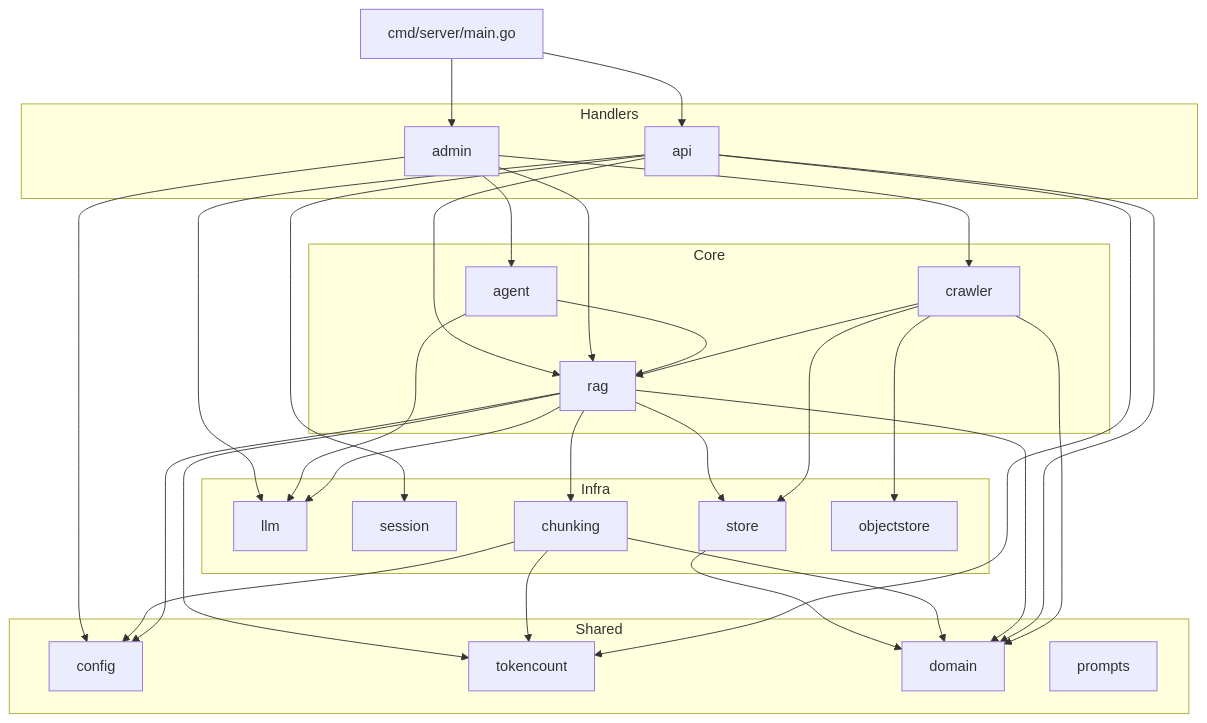
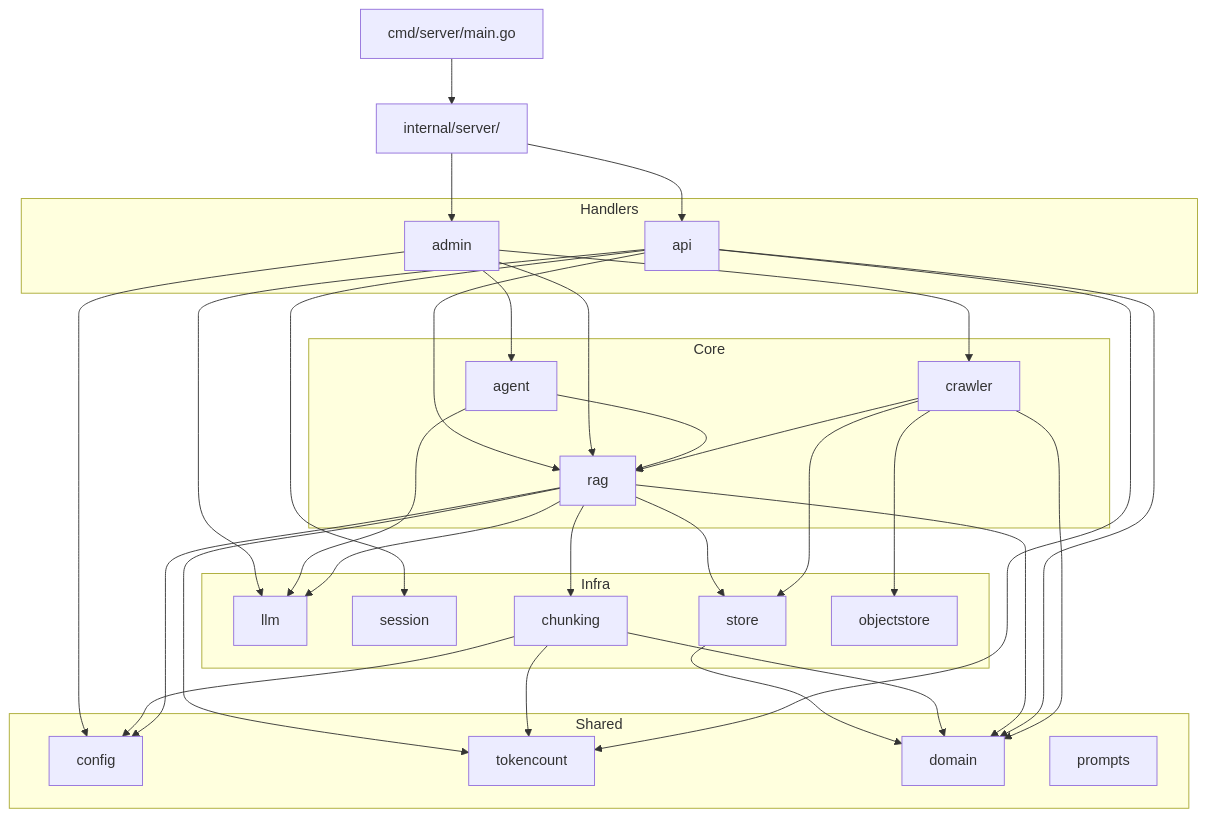
One commit to klnstprx/etsi-rag changed the second of 8 diagrams in docs/diagrams.md. Above: the diagram before and after it, drawn with Mermaid. The commit also changed other lines of this file and 3 other files, not shown here.

````diff
--- a/docs/diagrams.md
+++ b/docs/diagrams.md
@@ -62,47 +64,49 @@
 ```mermaid
 graph TD
     main["cmd/server/main.go"]
+    server["internal/server/"]
 
-    main --> api & admin
+    main --> server
+    server --> api & admin
 
     subgraph Handlers
         api
         admin
     end
 
     api --> rag & llm & session
     admin --> agent & crawler & rag & config
 
     subgraph Core
         agent
         rag
         crawler
     end
 
     agent --> llm & rag
     rag --> llm & store & chunking & tokencount
     crawler --> store & objectstore & rag
 
     subgraph Infra
         llm
         store
         objectstore
         session
         chunking
     end
 
     chunking --> tokencount
 
     subgraph Shared
         config
         domain
         tokencount
         prompts
     end
 
     store --> domain
     chunking --> config & domain
     rag --> domain & config
     api --> domain & tokencount
     crawler --> domain
 ```
````
